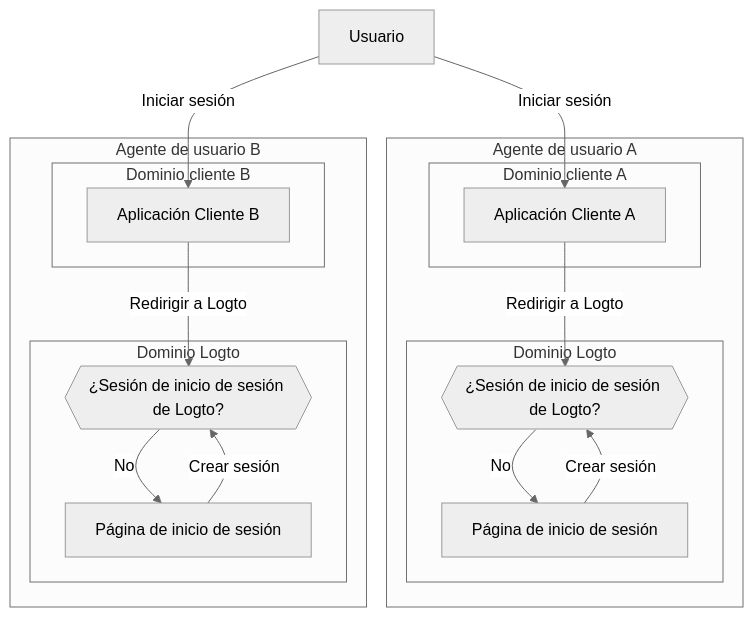
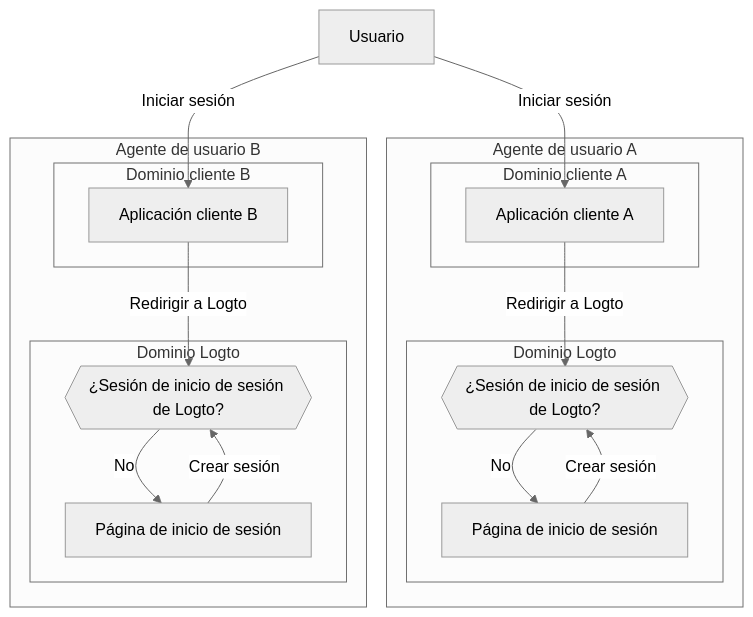
One commit to logto-io/docs changed the third of 3 diagrams in i18n/es/docusaurus-plugin-content-docs/current/end-user-flows/sign-out.mdx. Above: the diagram before and after it, drawn with Mermaid (neutral theme). The commit also changed other lines of this file and 67 other files, not shown here.

````diff
--- a/i18n/es/docusaurus-plugin-content-docs/current/end-user-flows/sign-out.mdx
+++ b/i18n/es/docusaurus-plugin-content-docs/current/end-user-flows/sign-out.mdx
@@ -89,35 +89,35 @@
    ```mermaid
     flowchart TD
     U[Usuario]
 
-    subgraph DeviceA [Agente de usuario A]
-      subgraph Layer1 [Dominio cliente A]
-        A[Aplicación Cliente A]
+    subgraph DispositivoA [Agente de usuario A]
+      subgraph Capa1 [Dominio cliente A]
+        A[Aplicación cliente A]
       end
 
-      subgraph Layer2 [Dominio Logto]
+      subgraph Capa2 [Dominio Logto]
           C{{¿Sesión de inicio de sesión de Logto?}}
           D[Página de inicio de sesión]
       end
     end
 
-    subgraph DeviceB [Agente de usuario B]
-      subgraph Layer3 [Dominio cliente B]
-        B[Aplicación Cliente B]
+    subgraph DispositivoB [Agente de usuario B]
+      subgraph Capa3 [Dominio cliente B]
+        B[Aplicación cliente B]
       end
 
-      subgraph Layer4 [Dominio Logto]
+      subgraph Capa4 [Dominio Logto]
           E{{¿Sesión de inicio de sesión de Logto?}}
           F[Página de inicio de sesión]
       end
     end
 
     U --> |Iniciar sesión| A
     A --> |Redirigir a Logto| C
     U --> |Iniciar sesión| B
     B --> |Redirigir a Logto| E
     C --> |No| D
     E --> |No| F
     D --> |Crear sesión| C
     F --> |Crear sesión| E
    ```
````
